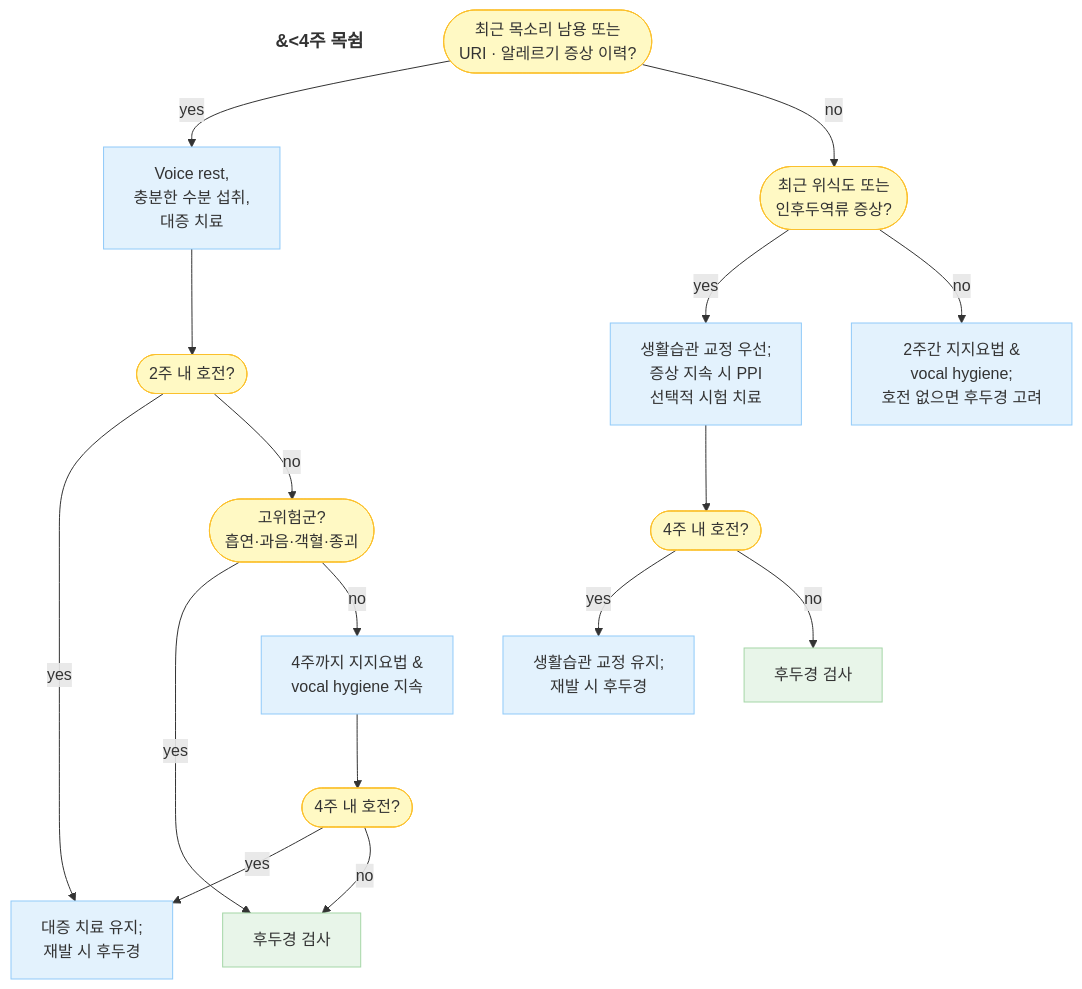
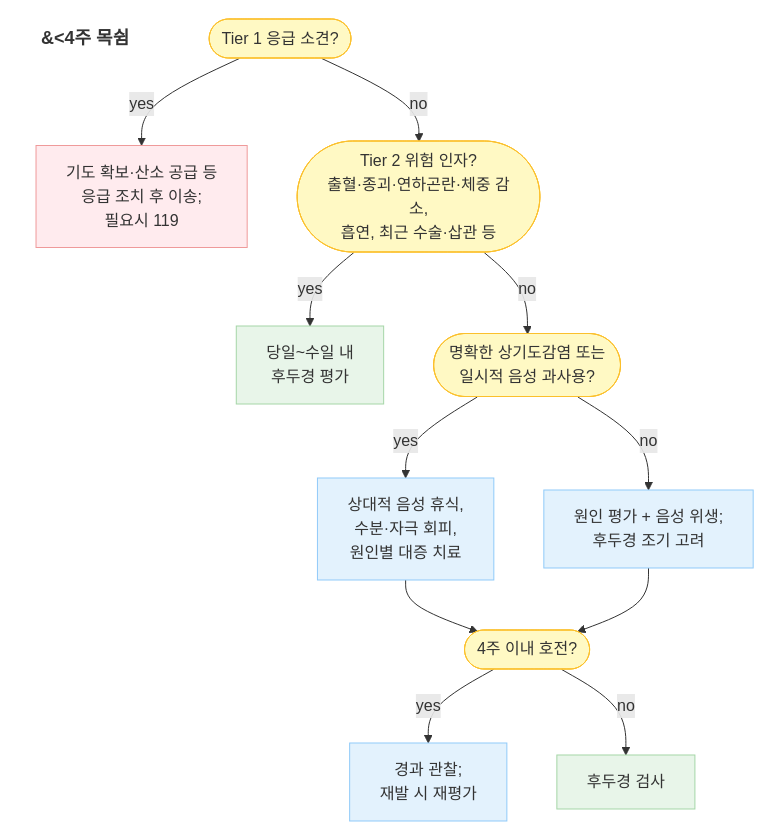
Before and after one commit to familyoh77/familyoh77: the first of 2 diagrams in 222_/058_-hoarseness.md, drawn with Mermaid. The commit also changed other lines of this file, not shown here.

````diff
--- a/222_/058_-hoarseness.md
+++ b/222_/058_-hoarseness.md
@@ -111,34 +111,27 @@
 ```mermaid
 graph TD
     Title[<b>&#60;4주 목쉼</b>]
     style Title fill:none,stroke:none,font-size:18px
 
-    Start([최근 목소리 남용 또는<br/>URI · 알레르기 증상 이력?])
-
-    Start -- yes --> A[Voice rest,<br/>충분한 수분 섭취,<br/>대증 치료]
-    Start -- no --> B([최근 위식도 또는<br/>인후두역류 증상?])
-
-    A --> A1([2주 내 호전?])
-    A1 -- yes --> A2[대증 치료 유지;<br/>재발 시 후두경]
-    A1 -- no --> A1b([고위험군?<br/>흡연·과음·객혈·종괴])
-    A1b -- yes --> A3[후두경 검사]
-    A1b -- no --> A1c[4주까지 지지요법 &<br/>vocal hygiene 지속]
-    A1c --> A1d([4주 내 호전?])
-    A1d -- yes --> A2
-    A1d -- no --> A3
-
-    B -- yes --> C[생활습관 교정 우선;<br/>증상 지속 시 PPI<br/>선택적 시험 치료]
-    B -- no --> D[2주간 지지요법 &<br/>vocal hygiene;<br/>호전 없으면 후두경 고려]
-
-    C --> C1([4주 내 호전?])
-    C1 -- yes --> C2[생활습관 교정 유지;<br/>재발 시 후두경]
-    C1 -- no --> C3[후두경 검사]
+    Start([Tier 1 응급 소견?])
+    Start -- yes --> E[기도 확보·산소 공급 등<br/>응급 조치 후 이송;<br/>필요시 119]
+    Start -- no --> R([Tier 2 위험 인자?<br/>출혈·종괴·연하곤란·체중 감소,<br/>흡연, 최근 수술·삽관 등])
+    R -- yes --> L[당일~수일 내<br/>후두경 평가]
+    R -- no --> A([명확한 상기도감염 또는<br/>일시적 음성 과사용?])
+    A -- yes --> S[상대적 음성 휴식,<br/>수분·자극 회피,<br/>원인별 대증 치료]
+    A -- no --> O[원인 평가 + 음성 위생;<br/>후두경 조기 고려]
+    S --> F([4주 이내 호전?])
+    O --> F
+    F -- yes --> C[경과 관찰;<br/>재발 시 재평가]
+    F -- no --> L2[후두경 검사]
 
     classDef yellow fill:#FFF9C4,stroke:#FBC02D;
     classDef blue fill:#E3F2FD,stroke:#90CAF9;
     classDef green fill:#E8F5E9,stroke:#A5D6A7;
+    classDef red fill:#FFEBEE,stroke:#EF9A9A;
 
-    class Start,B,A1,A1b,A1d,C1 yellow;
-    class A,A2,A1c,C,C2,D blue;
-    class A3,C3 green;
+    class Start,R,A,F yellow;
+    class S,O,C blue;
+    class L,L2 green;
+    class E red;
 ```
````
